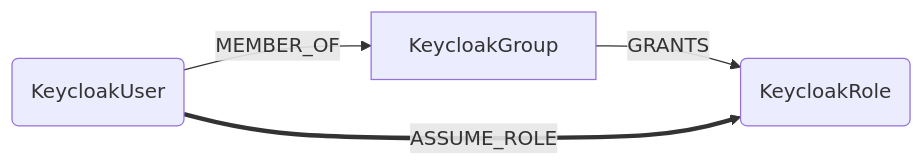
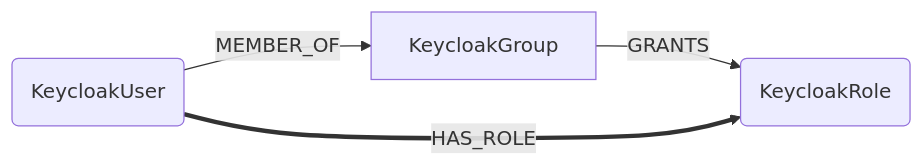
One commit to sec-js/cartography changed the second of 5 diagrams in docs/root/modules/keycloak/analysis.md. Above: the diagram before and after it, drawn with Mermaid. The commit also changed other lines of this file and 14 other files, not shown here.

````diff
--- a/docs/root/modules/keycloak/analysis.md
+++ b/docs/root/modules/keycloak/analysis.md
@@ -44,6 +44,6 @@
 ```mermaid
 graph LR
     U(KeycloakUser) -- MEMBER_OF --> G[KeycloakGroup]
     G -- GRANTS --> R(KeycloakRole)
-    U == ASSUME_ROLE ==> R
+    U == HAS_ROLE ==> R
 ```
````
